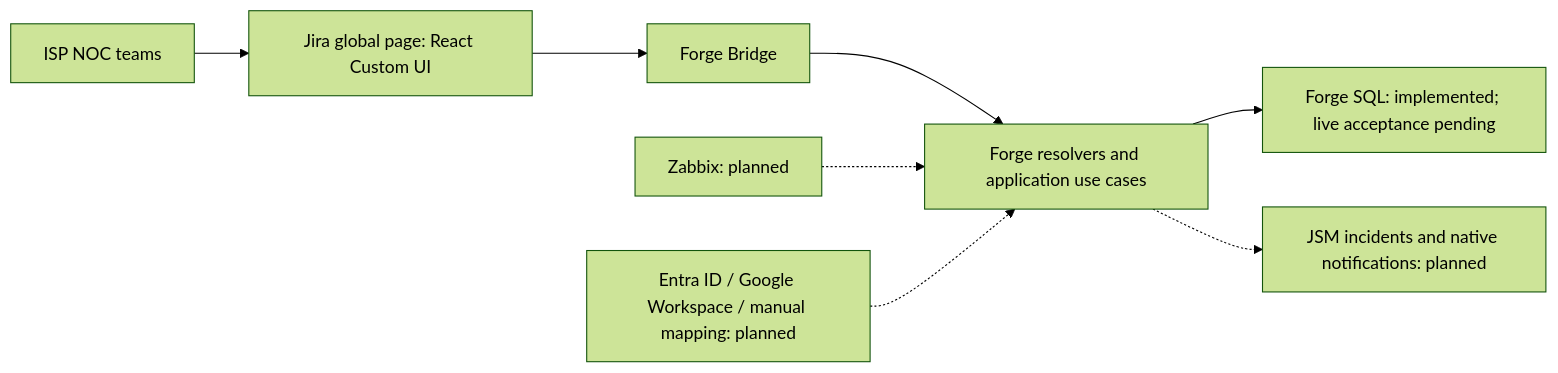
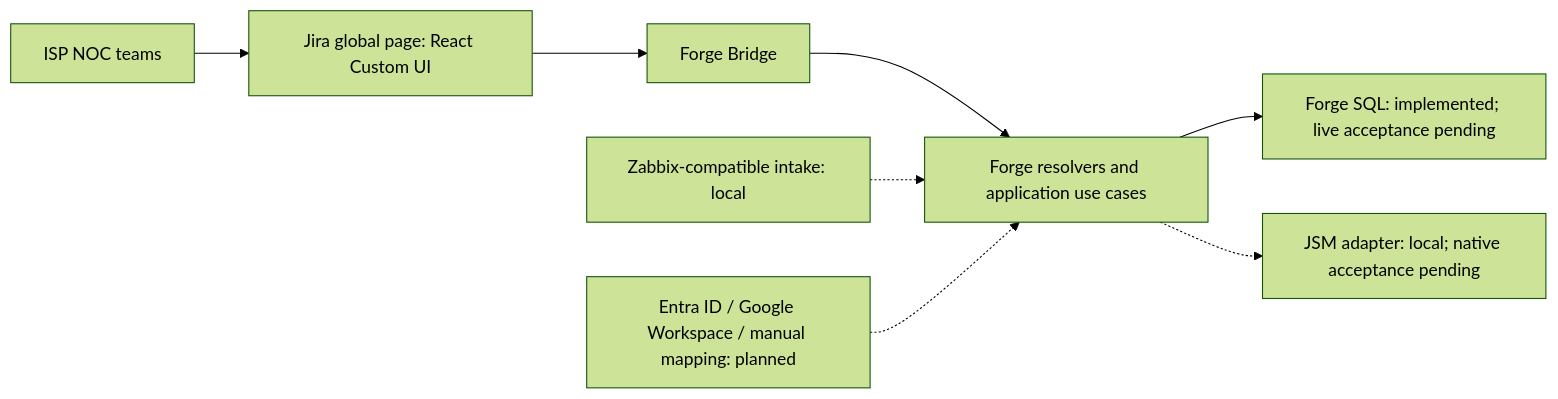
One commit to FRANKD-UX/light-house changed the diagram in README.md. Above: the diagram before and after it, drawn with Mermaid (forest theme). The commit also changed other lines of this file and 49 other files, not shown here.

````diff
--- a/README.md
+++ b/README.md
@@ -25,10 +27,10 @@
 ```mermaid
 flowchart LR
     NOC[ISP NOC teams] --> Jira[Jira global page: React Custom UI]
     Jira --> Bridge[Forge Bridge]
     Bridge --> Functions[Forge resolvers and application use cases]
-    Zabbix[Zabbix: planned] -.-> Functions
+    Zabbix[Zabbix-compatible intake: local] -.-> Functions
     Functions --> Storage[Forge SQL: implemented; live acceptance pending]
-    Functions -.-> JSM[JSM incidents and native notifications: planned]
+    Functions -.-> JSM[JSM adapter: local; native acceptance pending]
     Directory[Entra ID / Google Workspace / manual mapping: planned] -.-> Functions
 ```
````
